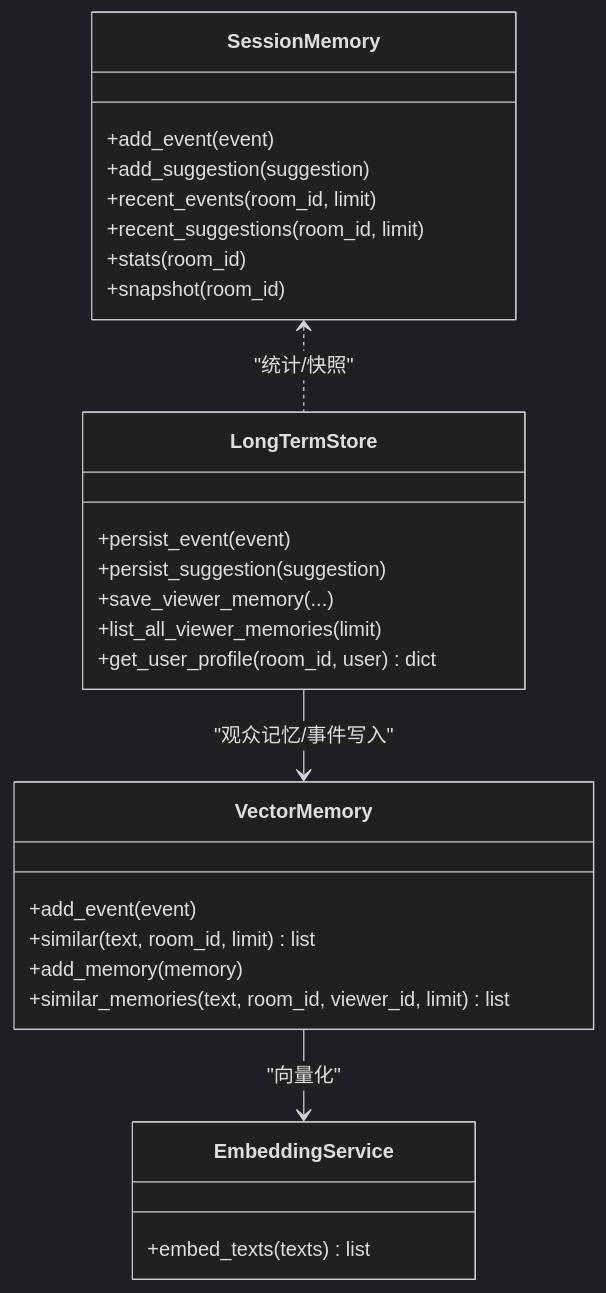
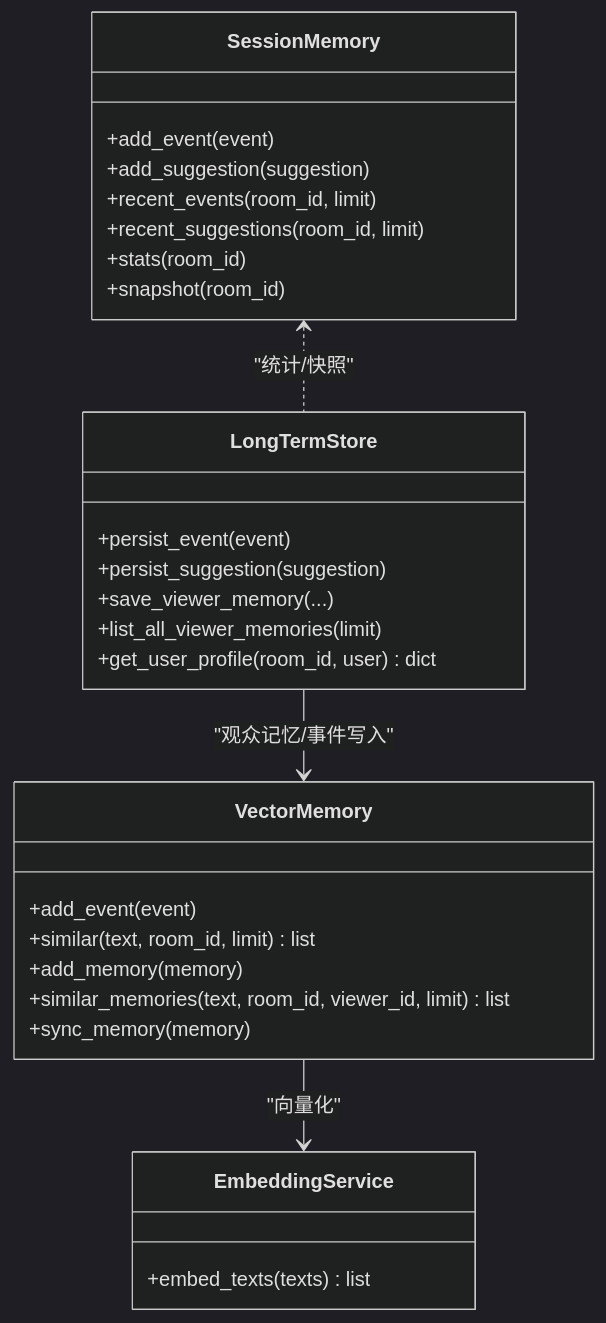
The sixth of 8 diagrams in .qoder/repowiki/zh/content/后端服务/后端服务.md (Moon-Force/DouYin_llm), drawn with Mermaid (dark theme) before and after one commit. The commit also changed other lines of this file and 35 other files, not shown here.

````diff
--- a/.qoder/repowiki/zh/content/后端服务/后端服务.md
+++ b/.qoder/repowiki/zh/content/后端服务/后端服务.md
@@ -328,30 +350,31 @@
 ```mermaid
 classDiagram
 class SessionMemory {
 +add_event(event)
 +add_suggestion(suggestion)
 +recent_events(room_id, limit)
 +recent_suggestions(room_id, limit)
 +stats(room_id)
 +snapshot(room_id)
 }
 class LongTermStore {
 +persist_event(event)
 +persist_suggestion(suggestion)
 +save_viewer_memory(...)
 +list_all_viewer_memories(limit)
 +get_user_profile(room_id, user) dict
 }
 class VectorMemory {
 +add_event(event)
 +similar(text, room_id, limit) list
 +add_memory(memory)
 +similar_memories(text, room_id, viewer_id, limit) list
++sync_memory(memory)
 }
 class EmbeddingService {
 +embed_texts(texts) list
 }
 SessionMemory <.. LongTermStore : "统计/快照"
 LongTermStore --> VectorMemory : "观众记忆/事件写入"
 VectorMemory --> EmbeddingService : "向量化"
 ```
````
